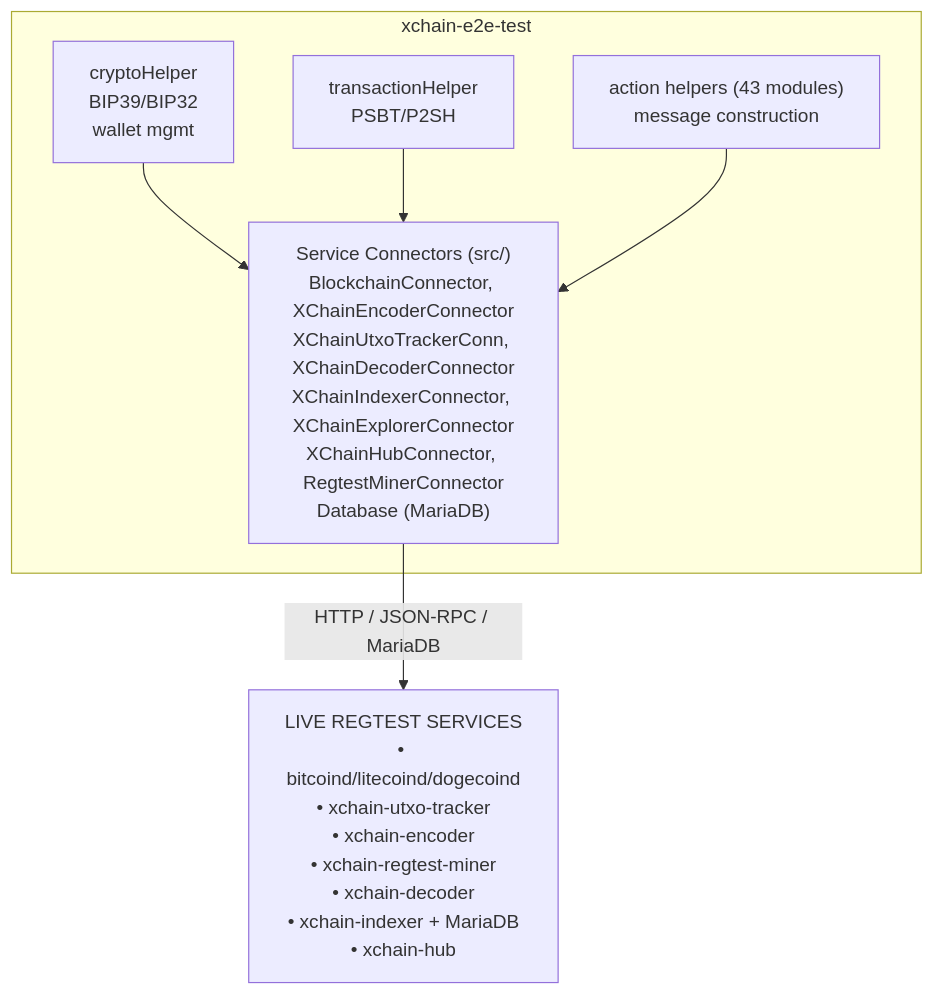
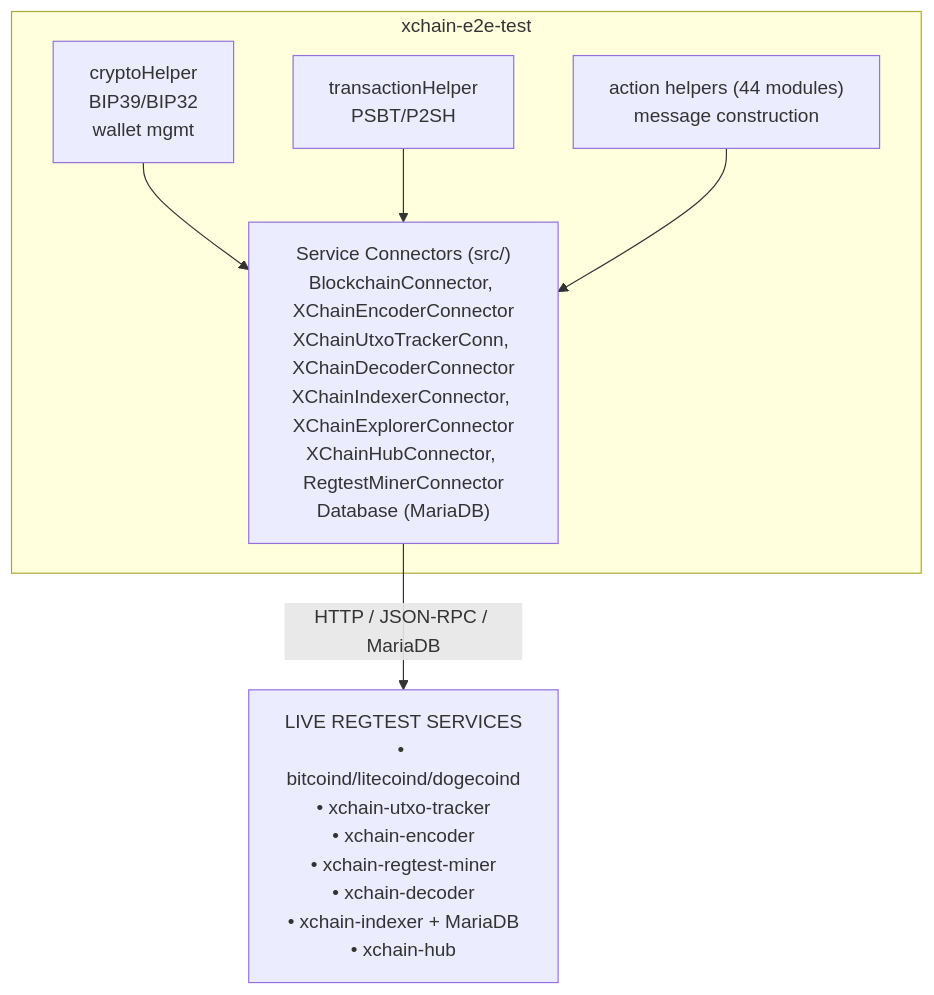
The second of 2 diagrams in components/e2e-test/README.md (XChain-Platform/xchain-documentation), drawn with Mermaid before and after one commit. The commit also changed 1 other file, not shown here.

Commit message:
docs(e2e-test): recount the helper modules at 44
test/helpers/indexerWait.js was added to replace the sleep-flake waits, so the published counts in architecture.md and README.md went stale and the count guard reddened.

````diff
--- a/components/e2e-test/README.md
+++ b/components/e2e-test/README.md
@@ -65,14 +65,14 @@
 ```mermaid
 flowchart TD
     subgraph E2E["xchain-e2e-test"]
         CH["cryptoHelper<br>BIP39/BIP32<br>wallet mgmt"]
         TH["transactionHelper<br>PSBT/P2SH"]
-        AH["action helpers (43 modules)<br>message construction"]
+        AH["action helpers (44 modules)<br>message construction"]
         SC["Service Connectors (src/)<br>BlockchainConnector, XChainEncoderConnector<br>XChainUtxoTrackerConn, XChainDecoderConnector<br>XChainIndexerConnector, XChainExplorerConnector<br>XChainHubConnector, RegtestMinerConnector<br>Database (MariaDB)"]
         CH --> SC
         TH --> SC
         AH --> SC
     end
     SVC["LIVE REGTEST SERVICES<br>• bitcoind/litecoind/dogecoind<br>• xchain-utxo-tracker<br>• xchain-encoder<br>• xchain-regtest-miner<br>• xchain-decoder<br>• xchain-indexer + MariaDB<br>• xchain-hub"]
     SC -->|HTTP / JSON-RPC / MariaDB| SVC
 ```
````
